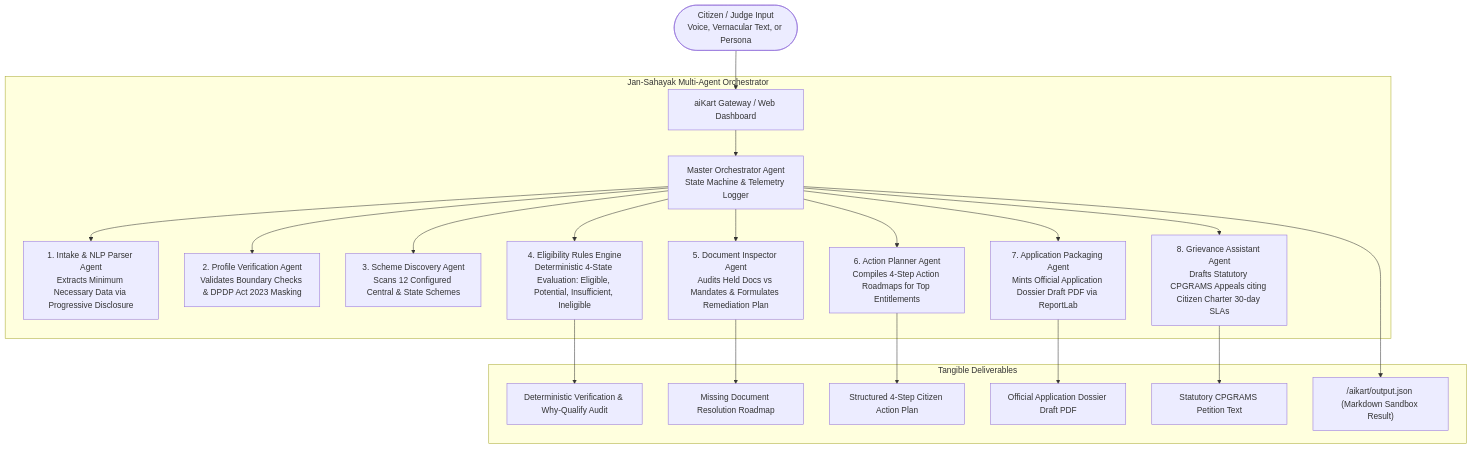
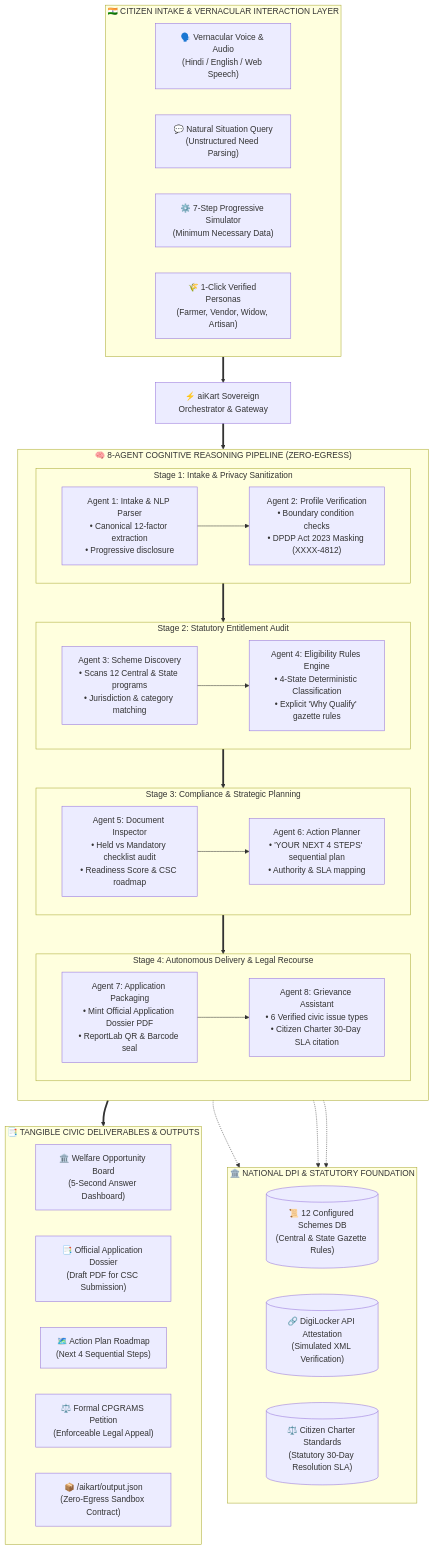
Before and after one commit to pyharshcodes/Bharat_Agentic_2026_Hackathon: the diagram in README.md, drawn with Mermaid. The commit also changed 7 other files, not shown here.

Commit message:
feat(ui-ux): complete national-scale citizen platform refinement and final production repository audit for Team Bits and Bytes

````diff
--- a/README.md
+++ b/README.md
@@ -29,26 +29,66 @@
 ```mermaid
-flowchart TD
-    Citizen([Citizen / Judge Input\nVoice, Vernacular Text, or Persona]) --> Gateway[aiKart Gateway / Web Dashboard]
-    
-    subgraph CognitiveOrchestrator [Jan-Sahayak Multi-Agent Orchestrator]
-        Gateway --> Orchestrator[Master Orchestrator Agent\nState Machine & Telemetry Logger]
-        
-        Orchestrator --> Agent1[1. Intake & NLP Parser Agent\nExtracts Minimum Necessary Data via Progressive Disclosure]
-        Orchestrator --> Agent2[2. Profile Verification Agent\nValidates Boundary Checks & DPDP Act 2023 Masking]
-        Orchestrator --> Agent3[3. Scheme Discovery Agent\nScans 12 Configured Central & State Schemes]
-        Orchestrator --> Agent4[4. Eligibility Rules Engine\nDeterministic 4-State Evaluation: Eligible, Potential, Insufficient, Ineligible]
-        Orchestrator --> Agent5[5. Document Inspector Agent\nAudits Held Docs vs Mandates & Formulates Remediation Plan]
-        Orchestrator --> Agent6[6. Action Planner Agent\nCompiles 4-Step Action Roadmaps for Top Entitlements]
-        Orchestrator --> Agent7[7. Application Packaging Agent\nMints Official Application Dossier Draft PDF via ReportLab]
-        Orchestrator --> Agent8[8. Grievance Assistant Agent\nDrafts Statutory CPGRAMS Appeals citing Citizen Charter 30-day SLAs]
+flowchart TB
+    subgraph Layer1 ["🇮🇳 CITIZEN INTAKE & VERNACULAR INTERACTION LAYER"]
+        direction LR
+        C1["🗣️ Vernacular Voice & Audio\n(Hindi / English / Web Speech)"]
+        C2["💬 Natural Situation Query\n(Unstructured Need Parsing)"]
+        C3["⚙️ 7-Step Progressive Simulator\n(Minimum Necessary Data)"]
+        C4["🌾 1-Click Verified Personas\n(Farmer, Vendor, Widow, Artisan)"]
     end
 
-    subgraph OutputLayer [Tangible Deliverables]
-        Agent4 --> LiveTrace[Deterministic Verification & Why-Qualify Audit]
-        Agent5 --> RemediationRoadmap[Missing Document Resolution Roadmap]
-        Agent6 --> ActionRoadmap[Structured 4-Step Citizen Action Plan]
-        Agent7 --> PDFDossier[Official Application Dossier Draft PDF]
-        Agent8 --> LegalPetition[Statutory CPGRAMS Petition Text]
-        Orchestrator --> SandboxJSON["/aikart/output.json (Markdown Sandbox Result)"]
+    Layer1 ==> CoreGateway["⚡ aiKart Sovereign Orchestrator & Gateway"]
+
+    subgraph Layer2 ["🧠 8-AGENT COGNITIVE REASONING PIPELINE (ZERO-EGRESS)"]
+        direction TB
+
+        subgraph PipeA ["Stage 1: Intake & Privacy Sanitization"]
+            A1["Agent 1: Intake & NLP Parser\n• Canonical 12-factor extraction\n• Progressive disclosure"]
+            A2["Agent 2: Profile Verification\n• Boundary condition checks\n• DPDP Act 2023 Masking (XXXX-4812)"]
+            A1 --> A2
+        end
+
+        subgraph PipeB ["Stage 2: Statutory Entitlement Audit"]
+            A3["Agent 3: Scheme Discovery\n• Scans 12 Central & State programs\n• Jurisdiction & category matching"]
+            A4["Agent 4: Eligibility Rules Engine\n• 4-State Deterministic Classification\n• Explicit 'Why Qualify' gazette rules"]
+            A3 --> A4
+        end
+
+        subgraph PipeC ["Stage 3: Compliance & Strategic Planning"]
+            A5["Agent 5: Document Inspector\n• Held vs Mandatory checklist audit\n• Readiness Score & CSC roadmap"]
+            A6["Agent 6: Action Planner\n• 'YOUR NEXT 4 STEPS' sequential plan\n• Authority & SLA mapping"]
+            A5 --> A6
+        end
+
+        subgraph PipeD ["Stage 4: Autonomous Delivery & Legal Recourse"]
+            A7["Agent 7: Application Packaging\n• Mint Official Application Dossier PDF\n• ReportLab QR & Barcode seal"]
+            A8["Agent 8: Grievance Assistant\n• 6 Verified civic issue types\n• Citizen Charter 30-Day SLA citation"]
+            A7 --> A8
+        end
+
+        PipeA ==> PipeB ==> PipeC ==> PipeD
     end
+
+    CoreGateway ==> PipeA
+
+    subgraph Layer3 ["🏛️ NATIONAL DPI & STATUTORY FOUNDATION"]
+        direction LR
+        DPI1[("📜 12 Configured Schemes DB\n(Central & State Gazette Rules)")]
+        DPI2[("🔗 DigiLocker API Attestation\n(Simulated XML Verification)")]
+        DPI3[("⚖️ Citizen Charter Standards\n(Statutory 30-Day Resolution SLA)")]
+    end
+
+    PipeB -.-> DPI1
+    PipeC -.-> DPI2
+    PipeD -.-> DPI3
+
+    subgraph Layer4 ["📑 TANGIBLE CIVIC DELIVERABLES & OUTPUTS"]
+        direction LR
+        O1["🏛️ Welfare Opportunity Board\n(5-Second Answer Dashboard)"]
+        O2["📑 Official Application Dossier\n(Draft PDF for CSC Submission)"]
+        O3["🗺️ Action Plan Roadmap\n(Next 4 Sequential Steps)"]
+        O4["⚖️ Formal CPGRAMS Petition\n(Enforceable Legal Appeal)"]
+        O5["📦 /aikart/output.json\n(Zero-Egress Sandbox Contract)"]
+    end
+
+    PipeD ==> Layer4
 ```
````
